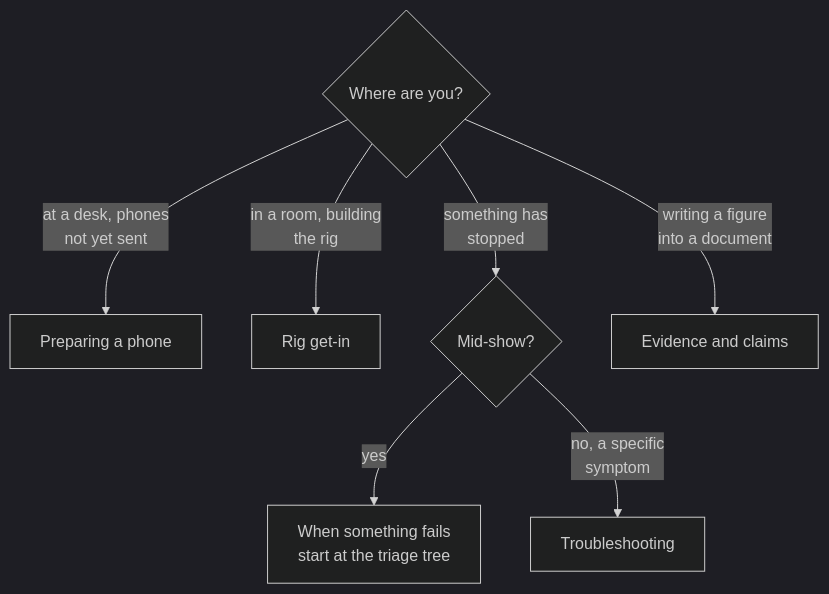
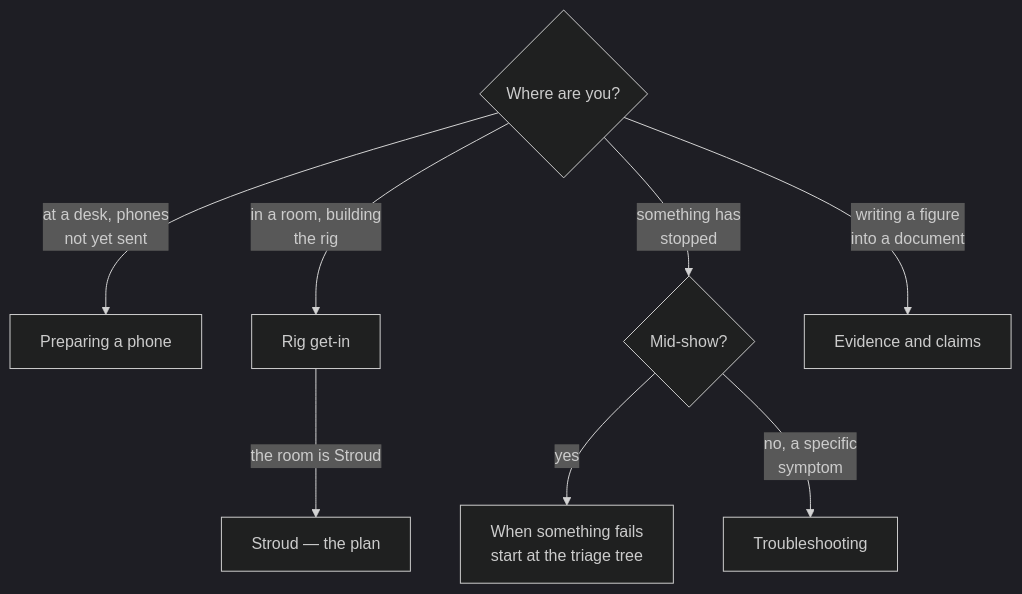
The diagram in operations/index.md (AristidesAI/TDStage-Docs), drawn with Mermaid (dark theme) before and after one commit. The commit also changed other lines of this file and 2 other files, not shown here.

````diff
--- a/operations/index.md
+++ b/operations/index.md
@@ -19,11 +19,12 @@
 ```mermaid
 flowchart TD
   Q{"Where are you?"}
   Q -- "at a desk, phones<br/>not yet sent" --> A["Preparing a phone"]
   Q -- "in a room, building<br/>the rig" --> B["Rig get-in"]
+  B -- "the room is Stroud" --> S["Stroud — the plan"]
   Q -- "something has<br/>stopped" --> C{"Mid-show?"}
   Q -- "writing a figure<br/>into a document" --> D["Evidence and claims"]
 
   C -- "yes" --> E["When something fails<br/>start at the triage tree"]
   C -- "no, a specific<br/>symptom" --> F["Troubleshooting"]
 ```
````
